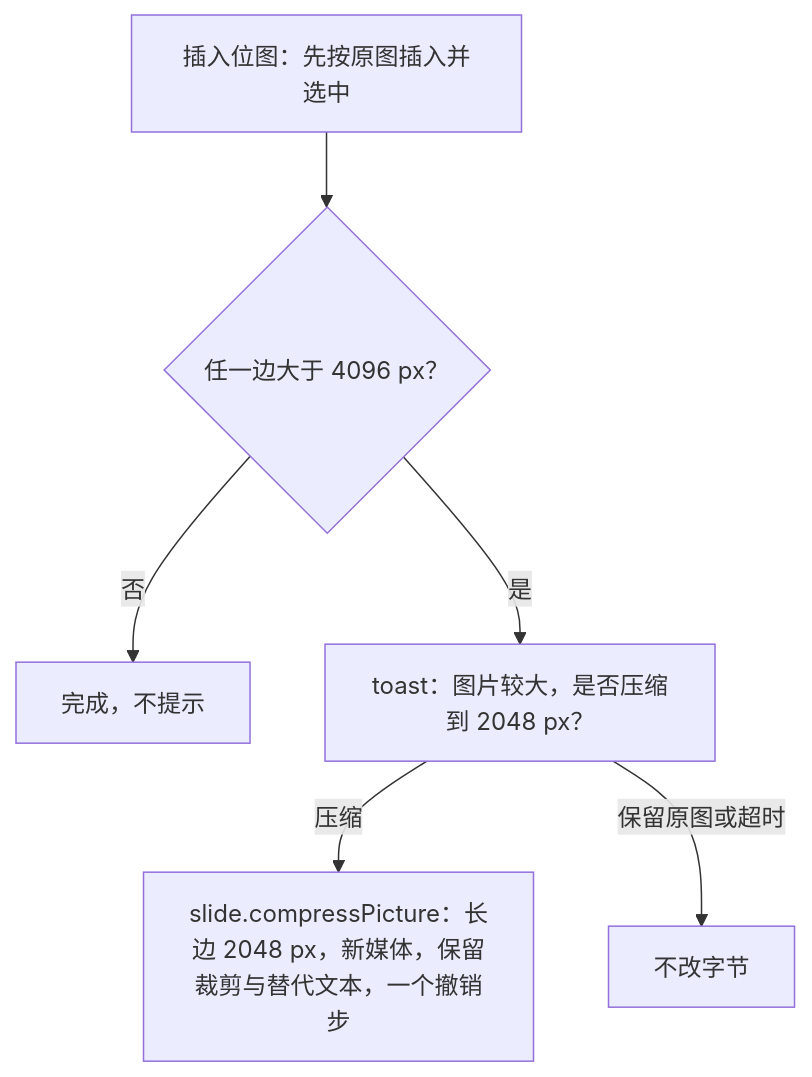
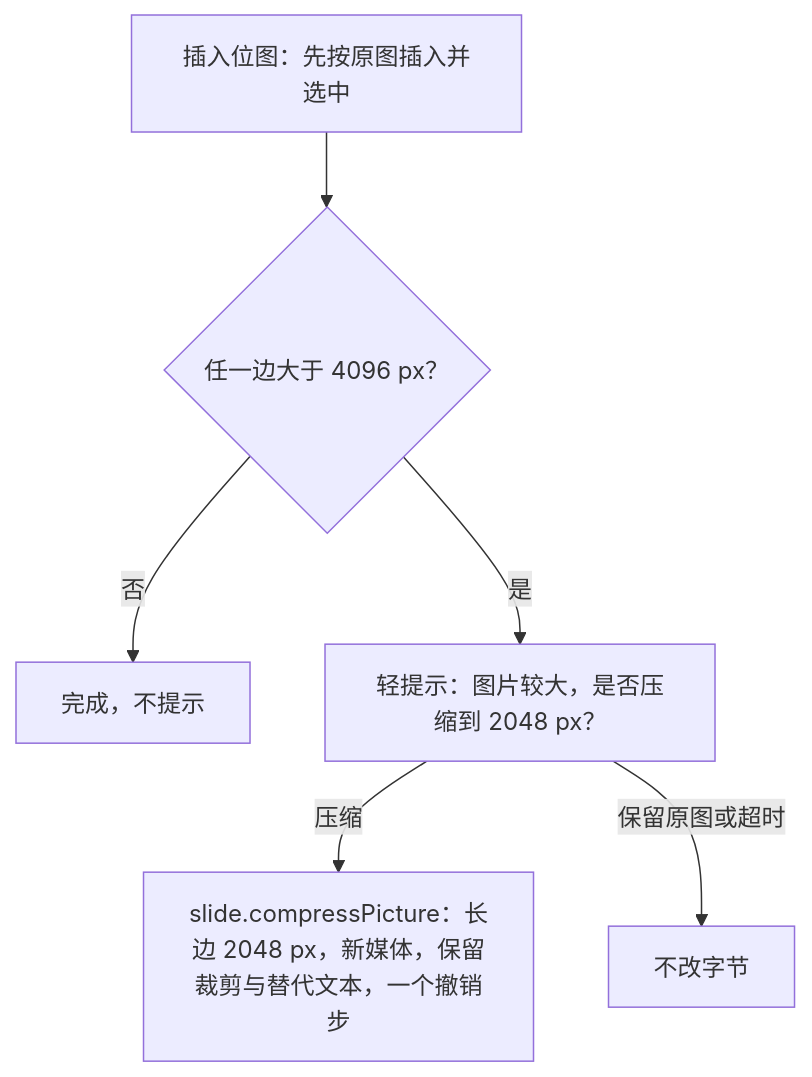
One commit to Xeonice/cordis-ppt-editor changed the second of 3 diagrams in docs/20-design/03-screens/18-image-editing.md. Above: the diagram before and after it, drawn with Mermaid. The commit also changed other lines of this file and 44 other files, not shown here.

````diff
--- a/docs/20-design/03-screens/18-image-editing.md
+++ b/docs/20-design/03-screens/18-image-editing.md
@@ -93,8 +290,8 @@
 ```mermaid
 flowchart TB
   ins["插入位图：先按原图插入并选中"] --> big{"任一边大于 4096 px？"}
   big -->|"否"| done["完成，不提示"]
-  big -->|"是"| ask["toast：图片较大，是否压缩到 2048 px？"]
+  big -->|"是"| ask["轻提示：图片较大，是否压缩到 2048 px？"]
   ask -->|"压缩"| cmp["slide.compressPicture：长边 2048 px，新媒体，保留裁剪与替代文本，一个撤销步"]
   ask -->|"保留原图或超时"| keep["不改字节"]
 ```
````
